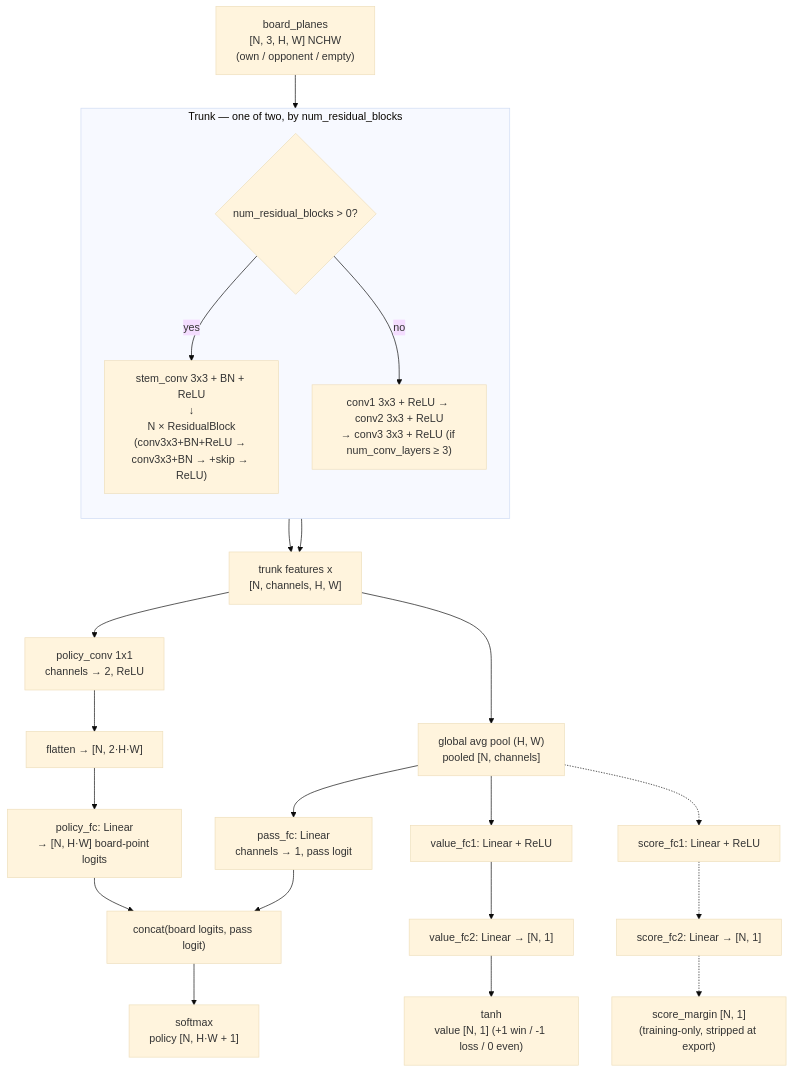
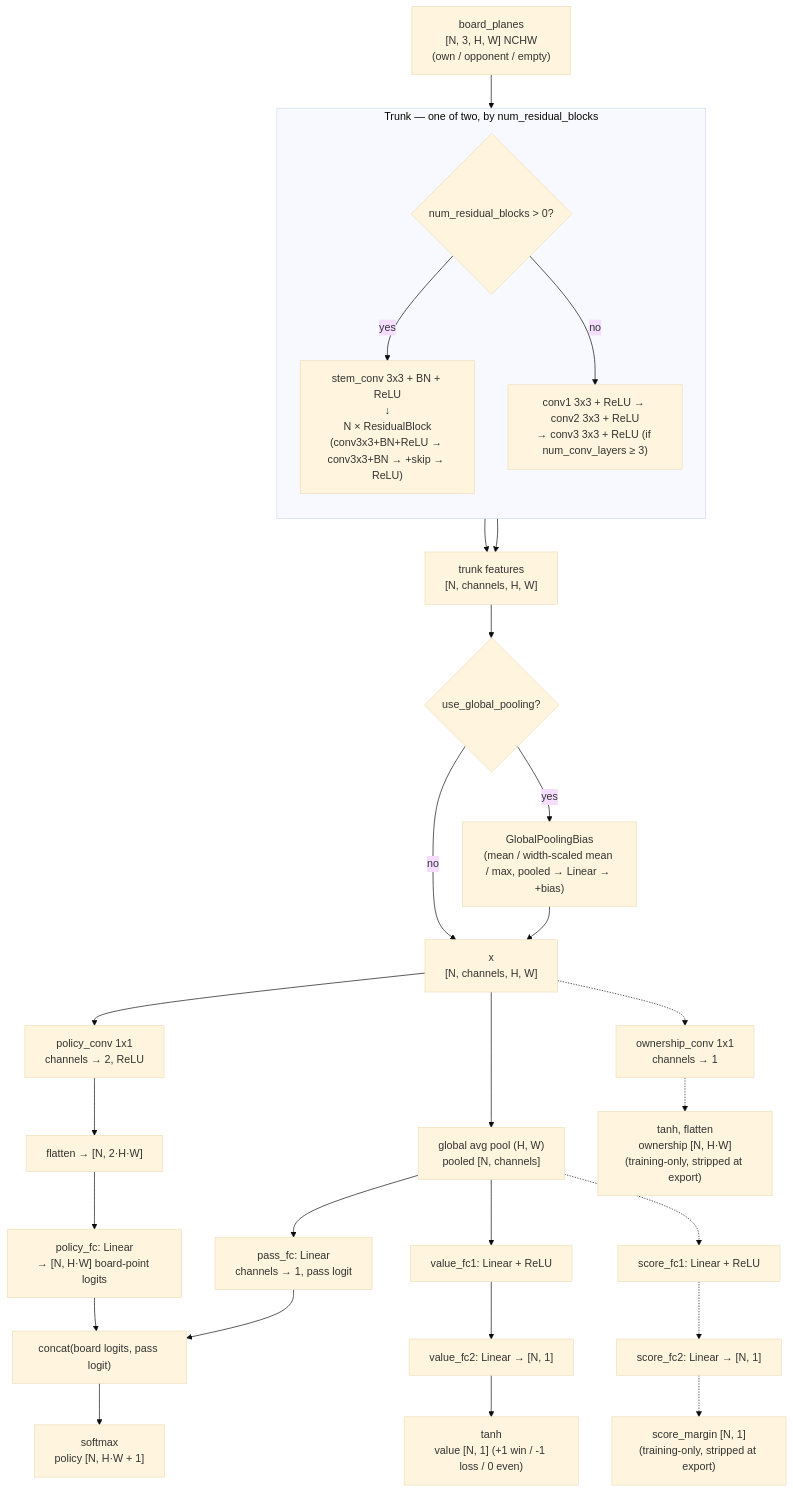
The diagram in bootstrap/README.md (rayuhidaka/igo_selftrainRL), drawn with Mermaid (base theme) before and after one commit. The commit also changed other lines of this file and 4 other files, not shown here.

First line of the commit message:
Document GlobalPoolingBias, ownership head, and the Option 3 restart

````diff
--- a/bootstrap/README.md
+++ b/bootstrap/README.md
@@ -14,35 +16,43 @@
 ```mermaid
 graph TD
     input["board_planes\n[N, 3, H, W] NCHW\n(own / opponent / empty)"]
 
     subgraph trunk [" Trunk — one of two, by num_residual_blocks "]
         direction TB
         choice{"num_residual_blocks > 0?"}
         resPath["stem_conv 3x3 + BN + ReLU\n↓\nN × ResidualBlock\n(conv3x3+BN+ReLU → conv3x3+BN → +skip → ReLU)"]
         plainPath["conv1 3x3 + ReLU → conv2 3x3 + ReLU\n→ conv3 3x3 + ReLU (if num_conv_layers ≥ 3)"]
         choice -->|yes| resPath
         choice -->|no| plainPath
     end
 
     input --> choice
-    resPath --> trunkOut["trunk features x\n[N, channels, H, W]"]
+    resPath --> trunkOut["trunk features\n[N, channels, H, W]"]
     plainPath --> trunkOut
 
-    trunkOut --> pooled["global avg pool (H, W)\npooled [N, channels]"]
-    trunkOut --> policyConv["policy_conv 1x1\nchannels → 2, ReLU"]
+    trunkOut --> gpChoice{"use_global_pooling?"}
+    gpChoice -->|yes| globalPooling["GlobalPoolingBias\n(mean / width-scaled mean / max, pooled → Linear → +bias)"]
+    gpChoice -->|no| x["x"]
+    globalPooling --> x["x\n[N, channels, H, W]"]
+
+    x --> pooled["global avg pool (H, W)\npooled [N, channels]"]
+    x --> policyConv["policy_conv 1x1\nchannels → 2, ReLU"]
 
     policyConv --> policyFlat["flatten → [N, 2·H·W]"]
     policyFlat --> policyFc["policy_fc: Linear\n→ [N, H·W] board-point logits"]
     pooled --> passFc["pass_fc: Linear\nchannels → 1, pass logit"]
     policyFc --> concat["concat(board logits, pass logit)"]
     passFc --> concat
     concat --> policyOut["softmax\npolicy [N, H·W + 1]"]
 
     pooled --> valueFc1["value_fc1: Linear + ReLU"]
     valueFc1 --> valueFc2["value_fc2: Linear → [N, 1]"]
     valueFc2 --> valueOut["tanh\nvalue [N, 1] (+1 win / -1 loss / 0 even)"]
 
     pooled -.-> scoreFc1["score_fc1: Linear + ReLU"]
     scoreFc1 -.-> scoreFc2["score_fc2: Linear → [N, 1]"]
     scoreFc2 -.-> scoreOut["score_margin [N, 1]\n(training-only, stripped at export)"]
+
+    x -.-> ownershipConv["ownership_conv 1x1\nchannels → 1"]
+    ownershipConv -.-> ownershipOut["tanh, flatten\nownership [N, H·W]\n(training-only, stripped at export)"]
 ```
````
